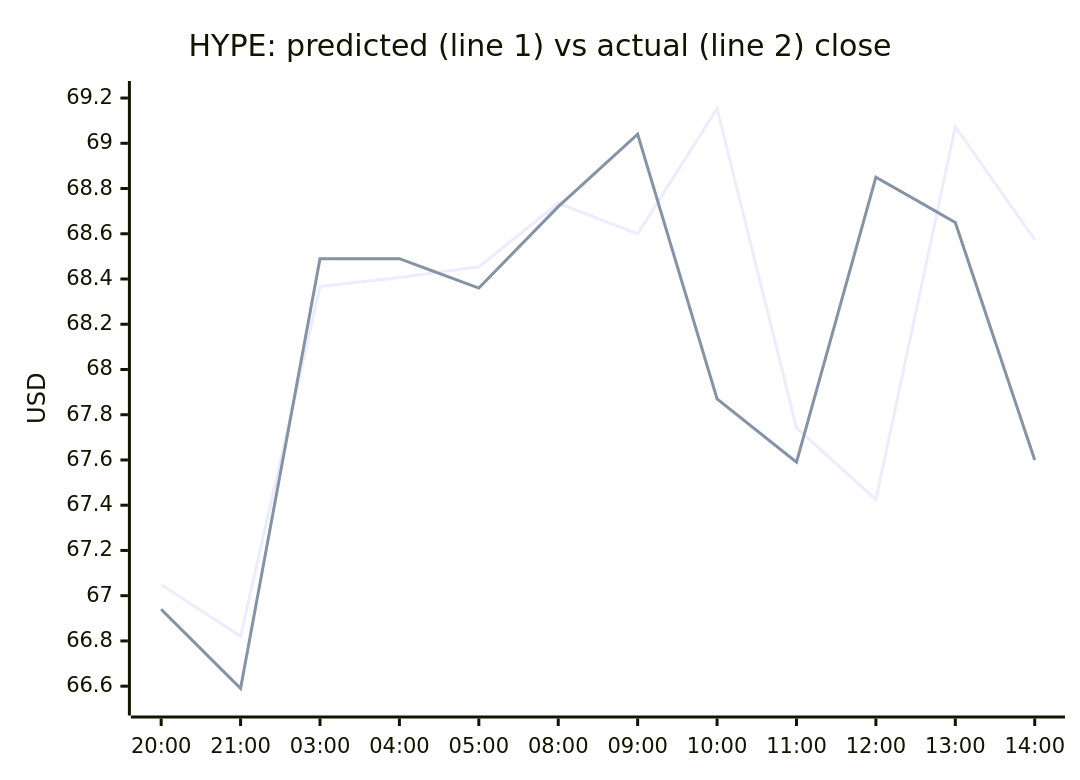
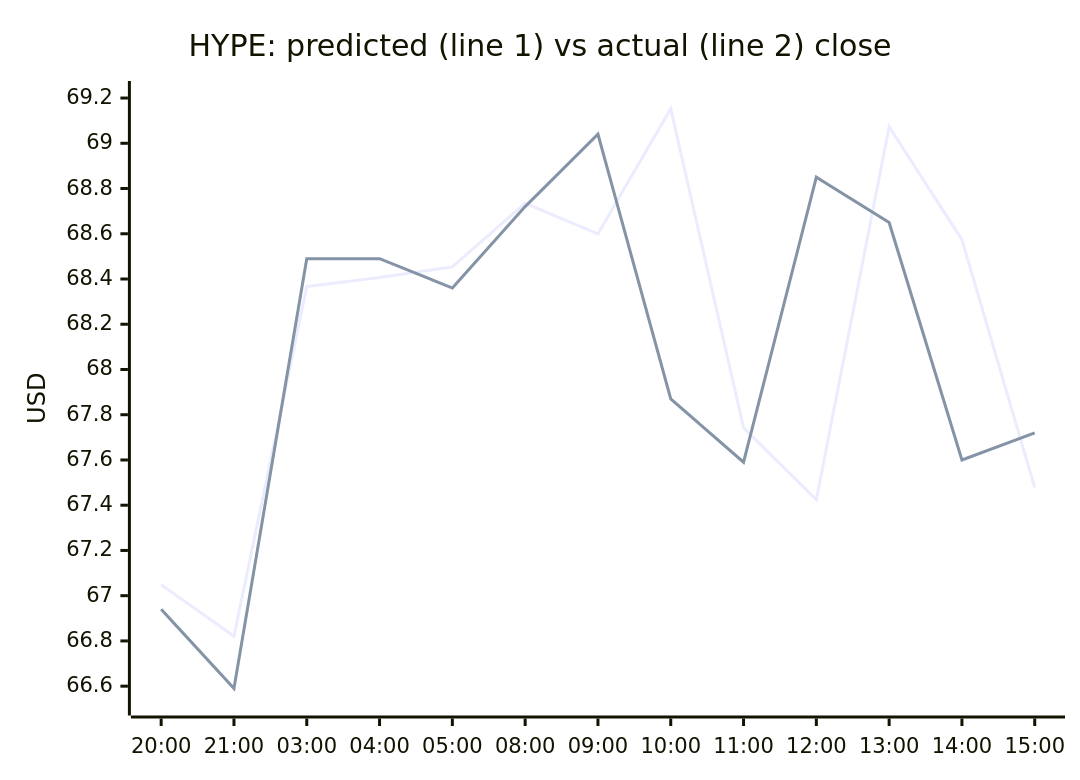
Before and after one commit to samuelkreitl-wq/crypto-hourly-forecaster: the fourth of 4 diagrams in README.md, drawn with Mermaid. The commit also changed other lines of this file and 14 other files, not shown here.

````diff
--- a/README.md
+++ b/README.md
@@ -65,8 +65,8 @@
 ```mermaid
 xychart-beta
     title "HYPE: predicted (line 1) vs actual (line 2) close"
-    x-axis ["20:00", "21:00", "03:00", "04:00", "05:00", "08:00", "09:00", "10:00", "11:00", "12:00", "13:00", "14:00"]
+    x-axis ["20:00", "21:00", "03:00", "04:00", "05:00", "08:00", "09:00", "10:00", "11:00", "12:00", "13:00", "14:00", "15:00"]
     y-axis "USD" 66.5234 --> 69.2223
-    line [67.0484, 66.8208, 68.3664, 68.4064, 68.4537, 68.7347, 68.5994, 69.1532, 67.7420, 67.4244, 69.0731, 68.5737]
-    line [66.9400, 66.5900, 68.4900, 68.4900, 68.3600, 68.7200, 69.0400, 67.8700, 67.5900, 68.8500, 68.6500, 67.6000]
+    line [67.0484, 66.8208, 68.3664, 68.4064, 68.4537, 68.7347, 68.5994, 69.1532, 67.7420, 67.4244, 69.0731, 68.5737, 67.4783]
+    line [66.9400, 66.5900, 68.4900, 68.4900, 68.3600, 68.7200, 69.0400, 67.8700, 67.5900, 68.8500, 68.6500, 67.6000, 67.7200]
 ```
````
